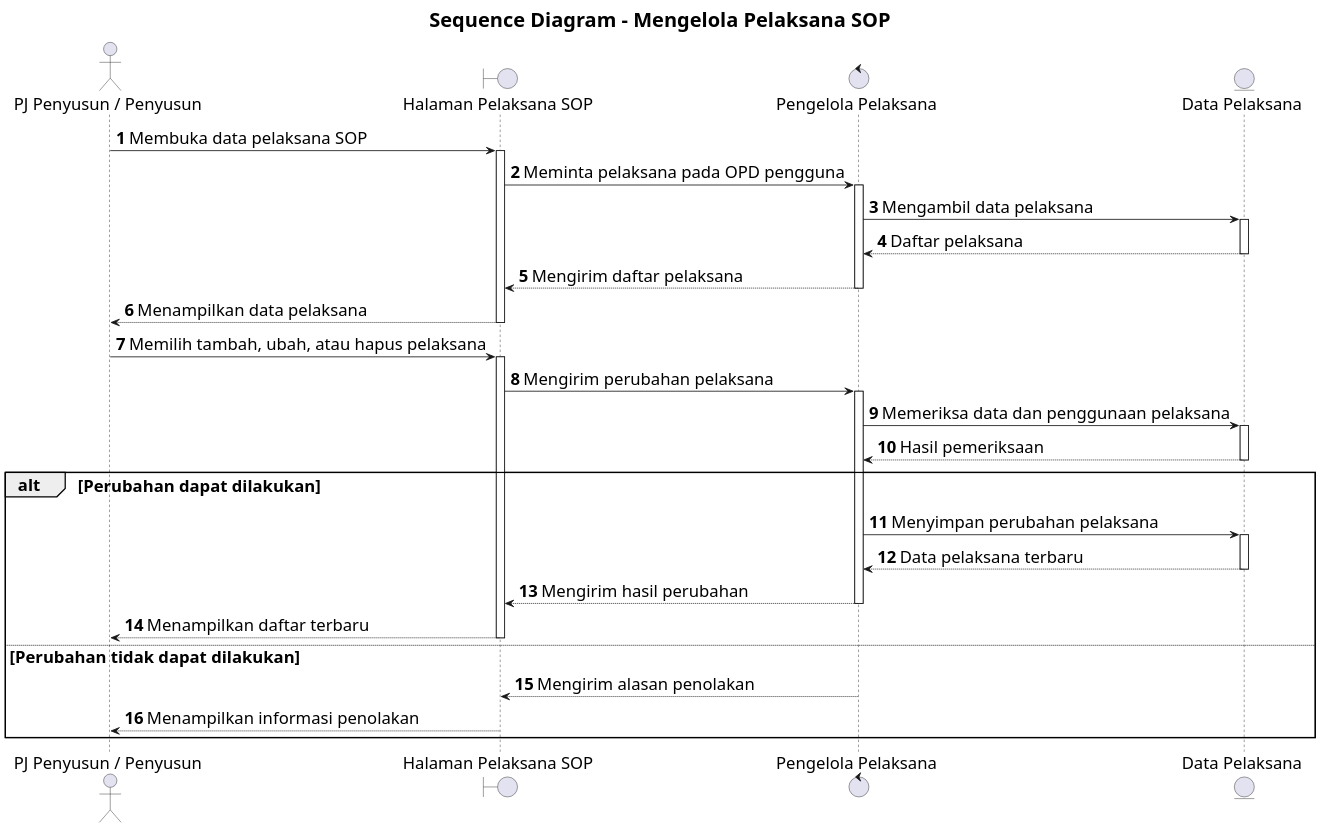
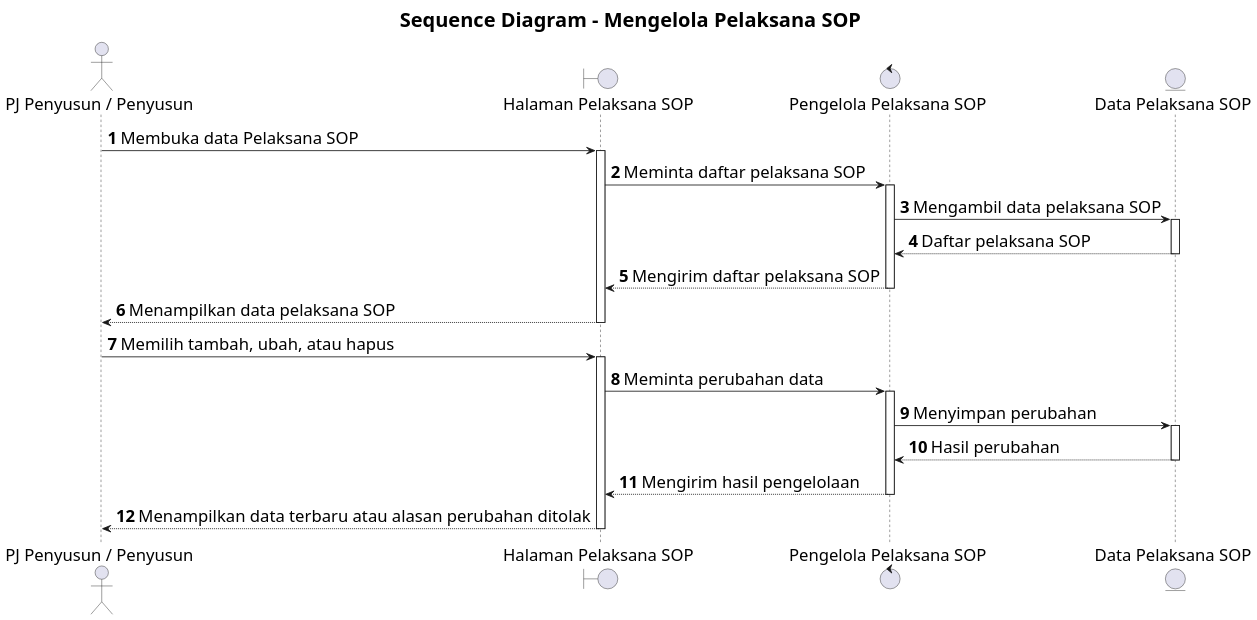
Before and after one commit to howlil/sop-generate-app: the diagram in docs/sequence/lampiran/pj-penyusun-penyusun-mengelola-pelaksana-sop.md, drawn with PlantUML. The commit also changed other lines of this file and 20 other files, not shown here.

Commit message:
docs(sequence): simplify interaction detail across use cases

````diff
--- a/docs/sequence/lampiran/pj-penyusun-penyusun-mengelola-pelaksana-sop.md
+++ b/docs/sequence/lampiran/pj-penyusun-penyusun-mengelola-pelaksana-sop.md
@@ -16,39 +16,31 @@
 ```plantuml
 @startuml
 skinparam defaultFontSize 20
 skinparam titleFontSize 24
 skinparam dpi 160
 
 title Sequence Diagram - Mengelola Pelaksana SOP
 autonumber
 autoactivate on
 
 actor "PJ Penyusun / Penyusun" as A
 boundary "Halaman Pelaksana SOP" as B
-control "Pengelola Pelaksana" as C
-entity "Data Pelaksana" as D
+control "Pengelola Pelaksana SOP" as C
+entity "Data Pelaksana SOP" as D
 
-A -> B : Membuka data pelaksana SOP
-B -> C : Meminta pelaksana pada OPD pengguna
-C -> D : Mengambil data pelaksana
-D --> C : Daftar pelaksana
-C --> B : Mengirim daftar pelaksana
-B --> A : Menampilkan data pelaksana
+A -> B : Membuka data Pelaksana SOP
+B -> C : Meminta daftar pelaksana SOP
+C -> D : Mengambil data pelaksana SOP
+D --> C : Daftar pelaksana SOP
+C --> B : Mengirim daftar pelaksana SOP
+B --> A : Menampilkan data pelaksana SOP
 
-A -> B : Memilih tambah, ubah, atau hapus pelaksana
-B -> C : Mengirim perubahan pelaksana
-C -> D : Memeriksa data dan penggunaan pelaksana
-D --> C : Hasil pemeriksaan
-
-alt Perubahan dapat dilakukan
-  C -> D : Menyimpan perubahan pelaksana
-  D --> C : Data pelaksana terbaru
-  C --> B : Mengirim hasil perubahan
-  B --> A : Menampilkan daftar terbaru
-else Perubahan tidak dapat dilakukan
-  C --> B : Mengirim alasan penolakan
-  B --> A : Menampilkan informasi penolakan
-end
+A -> B : Memilih tambah, ubah, atau hapus
+B -> C : Meminta perubahan data
+C -> D : Menyimpan perubahan
+D --> C : Hasil perubahan
+C --> B : Mengirim hasil pengelolaan
+B --> A : Menampilkan data terbaru atau alasan perubahan ditolak
 
 @enduml
 ```
````
